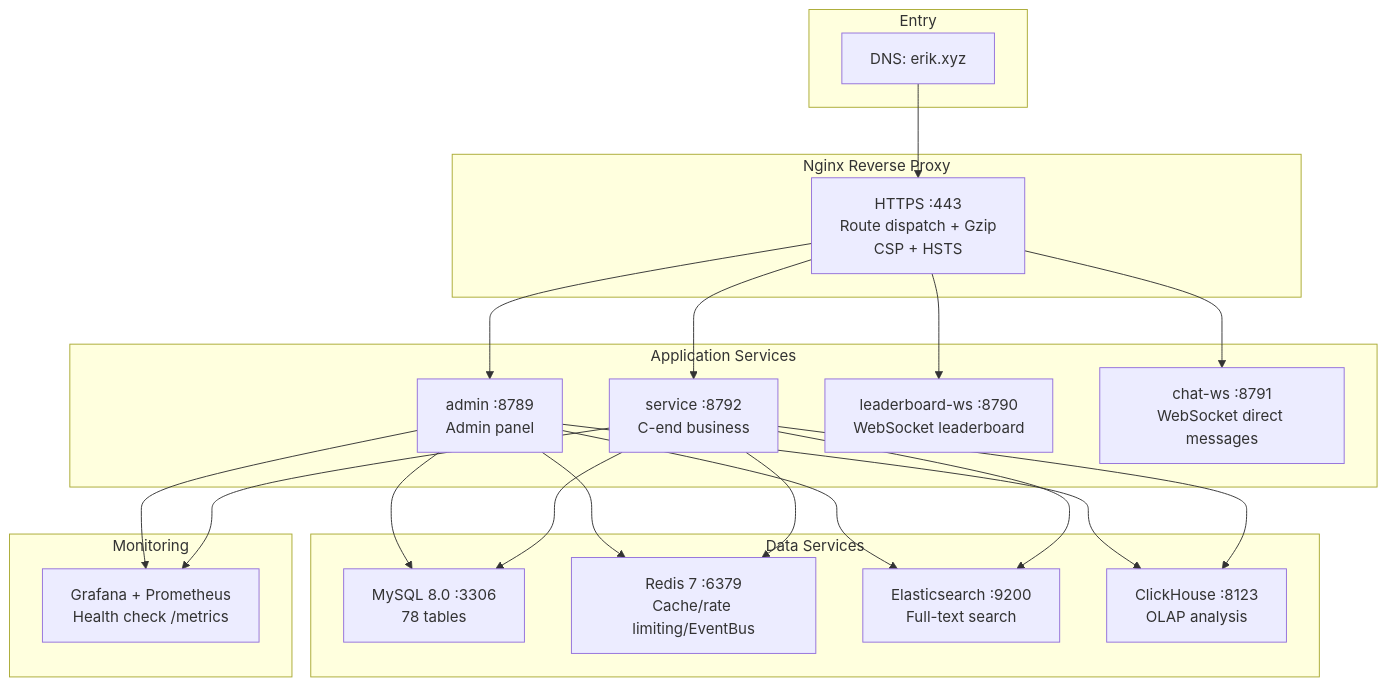
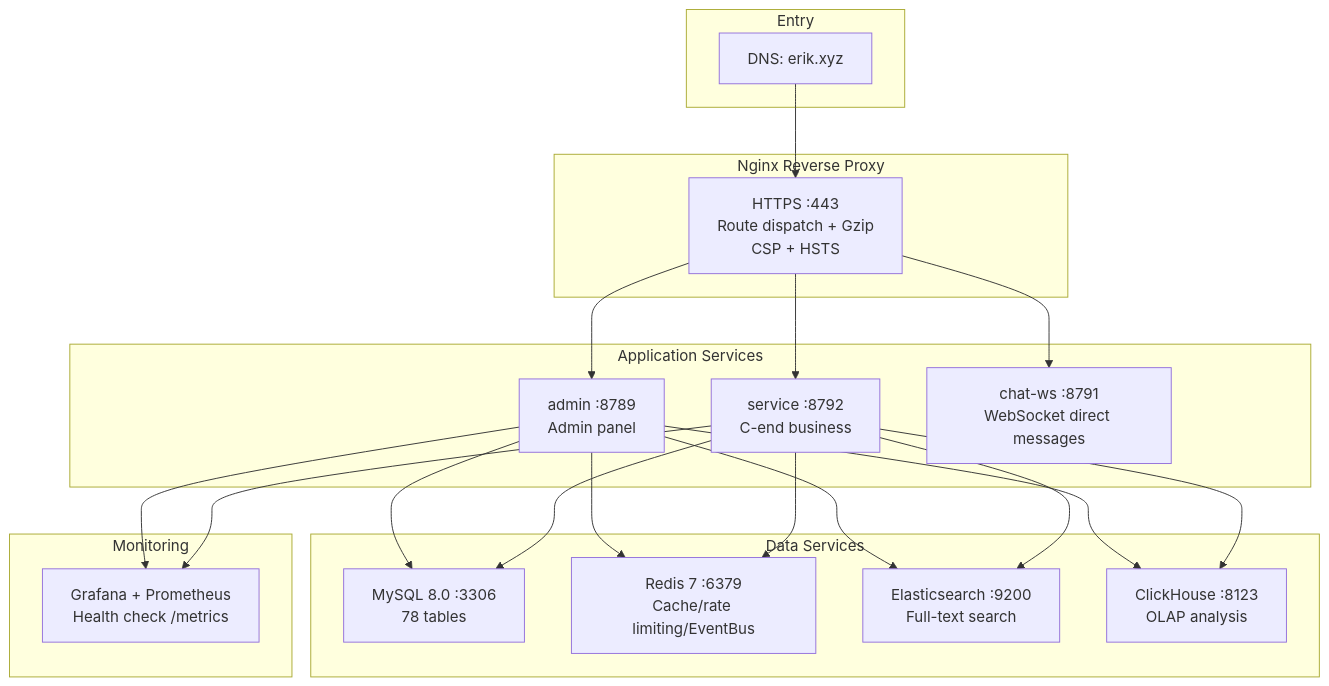
Before and after one commit to erikwang2013/game-platform-php: the diagram in admin/docs/diagrams/12-deployment.en.md, drawn with Mermaid. The commit also changed 710 other files, not shown here.

````diff
--- a/admin/docs/diagrams/12-deployment.en.md
+++ b/admin/docs/diagrams/12-deployment.en.md
@@ -7,33 +7,32 @@
 ```mermaid
 flowchart TB
     subgraph "Entry"
         DNS["DNS: erik.xyz"]
     end
 
     subgraph "Nginx Reverse Proxy"
         NGX["HTTPS :443<br/>Route dispatch + Gzip<br/>CSP + HSTS"]
     end
 
     subgraph "Application Services"
         ADM["admin :8789<br/>Admin panel"]
         SVC["service :8792<br/>C-end business"]
-        LB["leaderboard-ws :8790<br/>WebSocket leaderboard"]
         CHAT["chat-ws :8791<br/>WebSocket direct messages"]
     end
 
     subgraph "Data Services"
         MYSQL["MySQL 8.0 :3306<br/>78 tables"]
         REDIS["Redis 7 :6379<br/>Cache/rate limiting/EventBus"]
         ES["Elasticsearch :9200<br/>Full-text search"]
         CH["ClickHouse :8123<br/>OLAP analysis"]
     end
 
     subgraph "Monitoring"
         MON["Grafana + Prometheus<br/>Health check /metrics"]
     end
 
     DNS --> NGX
-    NGX --> ADM & SVC & LB & CHAT
+    NGX --> ADM & SVC & CHAT
     ADM & SVC --> MYSQL & REDIS & ES & CH
     ADM & SVC --> MON
 ```
````
